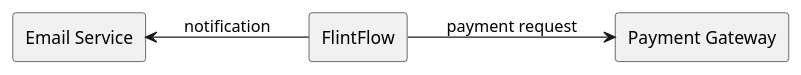
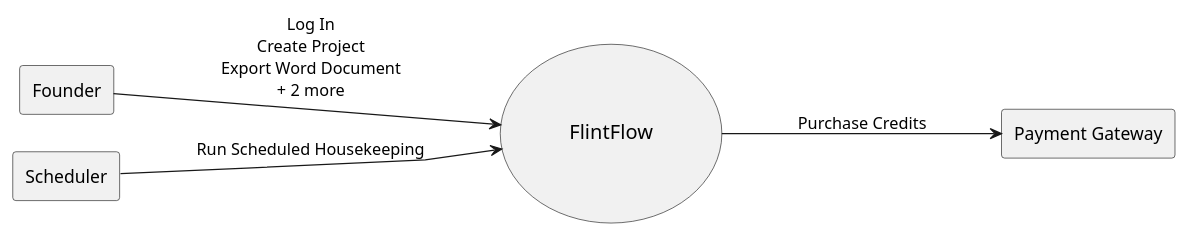
The first of 5 diagrams in assets/skills/action/plantuml-conventions/references/kinds.md (mit-suu/flintflow_be), drawn with PlantUML before and after one commit. The commit also changed other lines of this file and 11 other files, not shown here.

Commit message:
Enhance system context diagram: update rendering logic and improve source fields for actors and use cases

````diff
--- a/assets/skills/action/plantuml-conventions/references/kinds.md
+++ b/assets/skills/action/plantuml-conventions/references/kinds.md
@@ -7,11 +7,18 @@
 ```plantuml
 @startuml
 skinparam monochrome true
+skinparam shadowing false
+skinparam linetype polyline
+skinparam nodesep 30
+skinparam ranksep 120
+skinparam usecaseFontSize 16
 left to right direction
-rectangle "FlintFlow" as SYS
+usecase "\n\n   FlintFlow   \n\n" as SYSTEM_
+rectangle "Founder" as A01
 rectangle "Payment Gateway" as A05
-rectangle "Email Service" as A06
-SYS --> A05 : payment request
-A06 <-- SYS : notification
+rectangle "Scheduler" as A09
+A01 --> SYSTEM_ : Log In\nCreate Project\nExport Word Document\n+ 2 more
+SYSTEM_ --> A05 : Purchase Credits
+A09 --> SYSTEM_ : Run Scheduled Housekeeping
 @enduml
 ```
````
